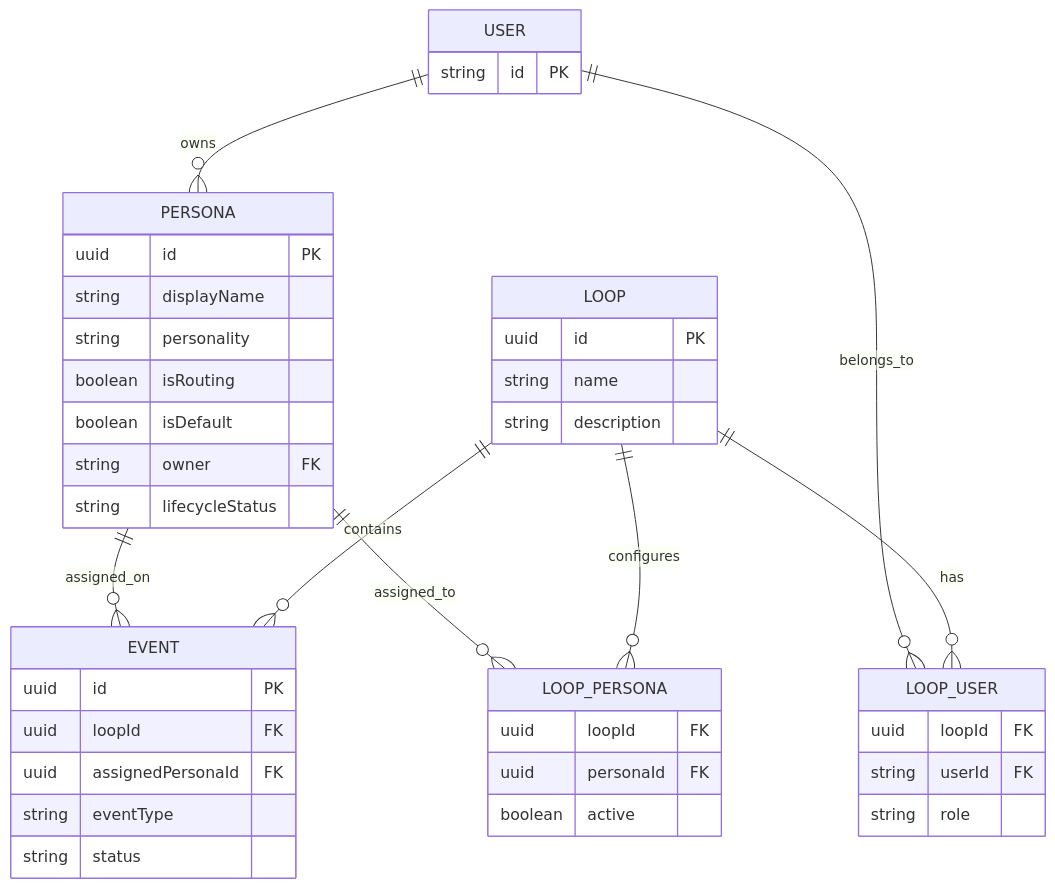
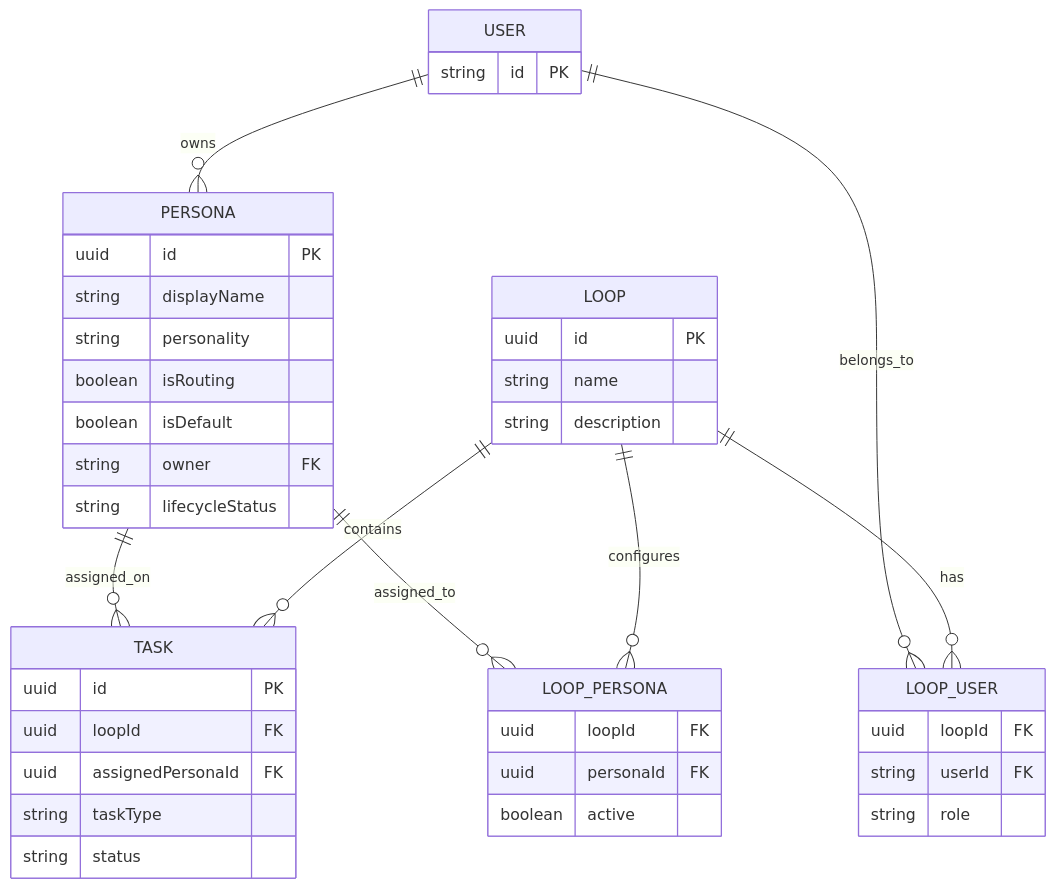
Before and after one commit to canonical/athena: the diagram in docs/specs/definitions/persona.md, drawn with Mermaid. The commit also changed other lines of this file and 177 other files, not shown here.

````diff
--- a/docs/specs/definitions/persona.md
+++ b/docs/specs/definitions/persona.md
@@ -54,50 +54,50 @@
 ```mermaid
 erDiagram
 	USER ||--o{ PERSONA : owns
-	LOOP ||--o{ EVENT : contains
+	LOOP ||--o{ TASK : contains
 	LOOP ||--o{ LOOP_USER : has
 	USER ||--o{ LOOP_USER : belongs_to
 	LOOP ||--o{ LOOP_PERSONA : configures
 	PERSONA ||--o{ LOOP_PERSONA : assigned_to
-	PERSONA ||--o{ EVENT : assigned_on
+	PERSONA ||--o{ TASK : assigned_on
 
 	USER {
 		string id PK
 	}
 
 	LOOP {
 		uuid id PK
 		string name
 		string description
 	}
 
 	PERSONA {
 		uuid id PK
 		string displayName
 		string personality
 		boolean isRouting
 		boolean isDefault
 		string owner FK
 		string lifecycleStatus
 	}
 
-	EVENT {
+	TASK {
 		uuid id PK
 		uuid loopId FK
 		uuid assignedPersonaId FK
-		string eventType
+		string taskType
 		string status
 	}
 
 	LOOP_USER {
 		uuid loopId FK
 		string userId FK
 		string role
 	}
 
 	LOOP_PERSONA {
 		uuid loopId FK
 		uuid personaId FK
 		boolean active
 	}
 ```
````
